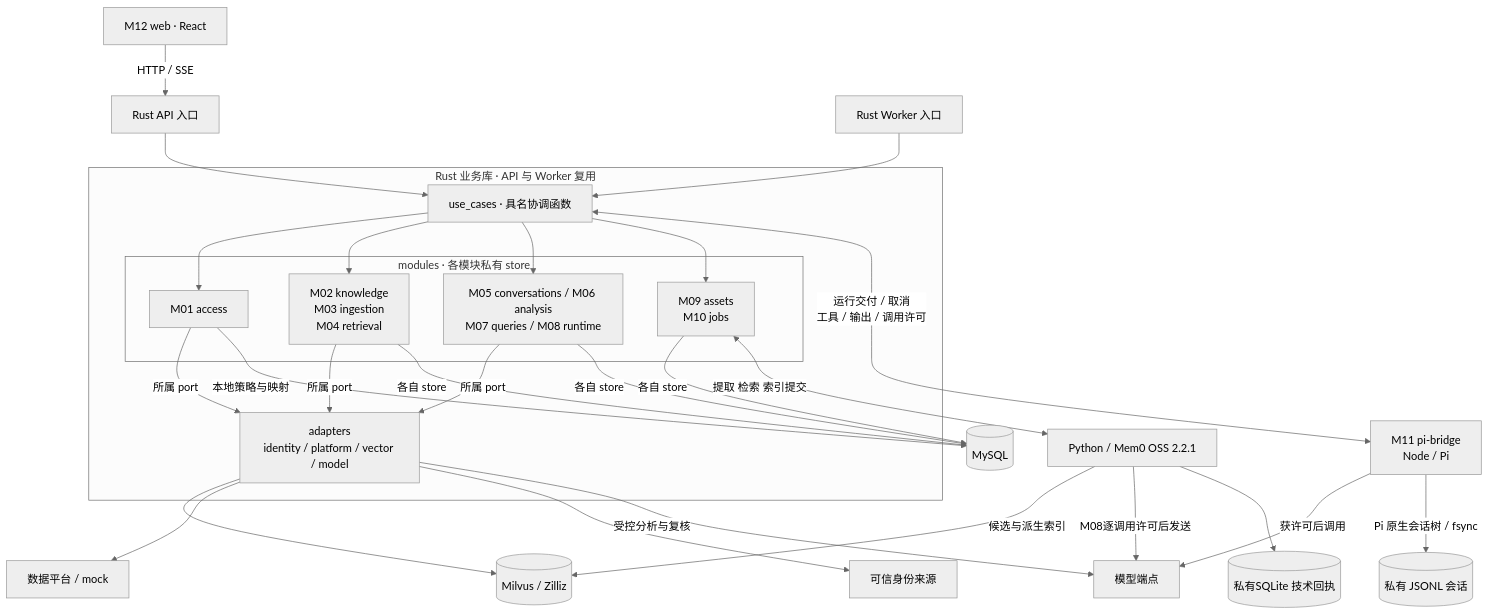
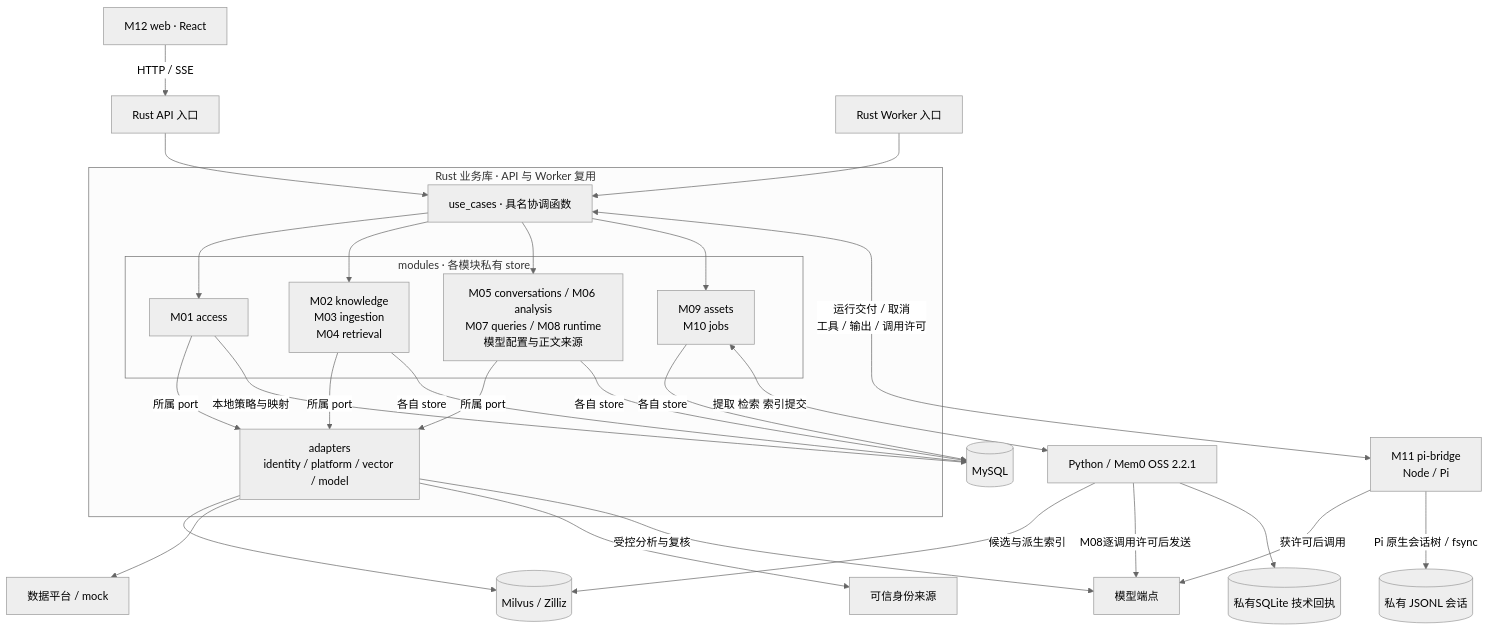
One commit to yaoziyaoguai/data_agent changed the first of 12 diagrams in docs/architecture/implementation-views.md. Above: the diagram before and after it, drawn with Mermaid (neutral theme). The commit also changed other lines of this file and 80 other files, not shown here.

Commit message:
docs: refresh trial release guide and architecture diagrams

````diff
--- a/docs/architecture/implementation-views.md
+++ b/docs/architecture/implementation-views.md
@@ -9,36 +9,36 @@
 ```mermaid
 flowchart TB
   Web["M12 web · React"] -->|HTTP / SSE| API["Rust API 入口"]
   Worker["Rust Worker 入口"] --> UC["use_cases · 具名协调函数"]
   API --> UC
   subgraph Rust["Rust 业务库 · API 与 Worker 复用"]
     UC
     subgraph Modules["modules · 各模块私有 store"]
       Access["M01 access"]
       Knowledge["M02 knowledge<br/>M03 ingestion<br/>M04 retrieval"]
-      Flow["M05 conversations / M06 analysis<br/>M07 queries / M08 runtime"]
+      Flow["M05 conversations / M06 analysis<br/>M07 queries / M08 runtime<br/>模型配置与正文来源"]
       Assets["M09 assets<br/>M10 jobs"]
     end
     Adapters["adapters<br/>identity / platform / vector / model"]
     UC --> Access
     UC --> Knowledge
     UC --> Flow
     UC --> Assets
     Access -->|所属 port| Adapters
     Knowledge -->|所属 port| Adapters
     Flow -->|所属 port| Adapters
   end
   Knowledge & Flow & Assets -->|各自 store| DB[(MySQL)]
   Access -->|本地策略与映射| DB
   Adapters --> Vector[(Milvus / Zilliz)]
   Adapters --> Platform["数据平台 / mock"]
   Adapters --> Identity["可信身份来源"]
   Adapters -->|受控分析与复核| Model["模型端点"]
   UC <-->|运行交付 / 取消<br/>工具 / 输出 / 调用许可| Pi["M11 pi-bridge<br/>Node / Pi"]
   Assets <-->|提取 检索 索引提交| Memory["Python / Mem0 OSS 2.2.1"]
   Memory -->|候选与派生索引| Vector
   Memory -->|M08逐调用许可后发送| Model
   Memory --> Receipts[(私有SQLite 技术回执)]
   Pi -->|获许可后调用| Model
   Pi -->|Pi 原生会话树 / fsync| Journal[(私有 JSONL 会话)]
 ```
````
